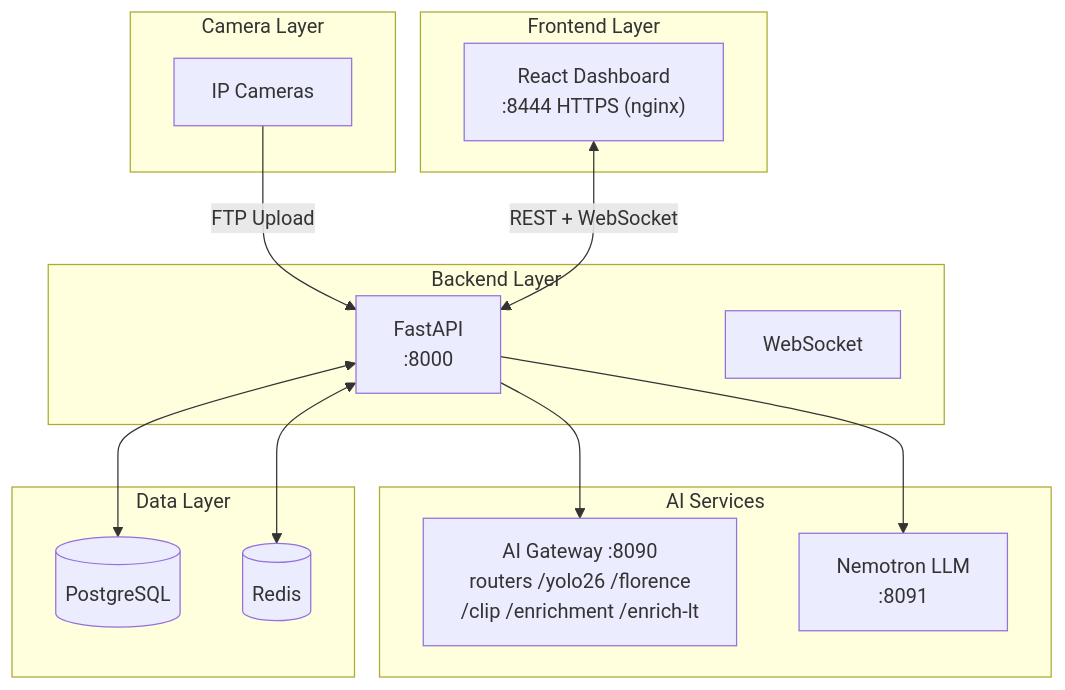
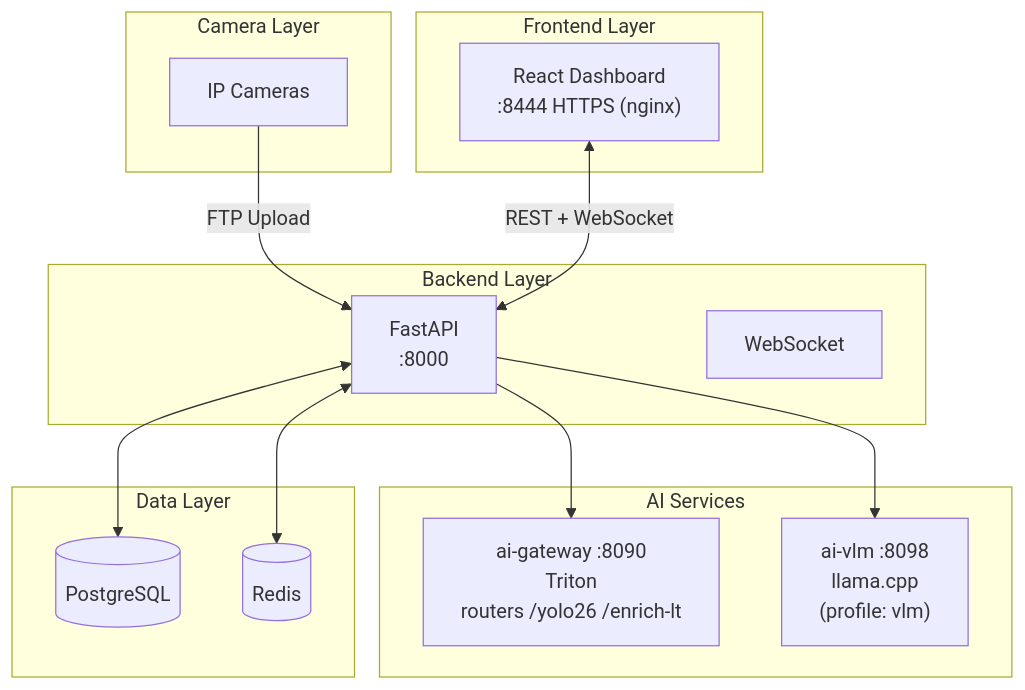
Before and after one commit to mikesvoboda/nemotron-v3-home-security-intelligence: the seventh of 7 diagrams in docs/index.md, drawn with Mermaid. The commit also changed other lines of this file and 231 other files, not shown here.

````diff
--- a/docs/index.md
+++ b/docs/index.md
@@ -163,26 +170,26 @@
 ```mermaid
 flowchart TB
     subgraph Cameras["Camera Layer"]
         CAM[IP Cameras]
     end
     subgraph Frontend["Frontend Layer"]
         UI["React Dashboard<br/>:8444 HTTPS (nginx)"]
     end
     subgraph Backend["Backend Layer"]
         API["FastAPI<br/>:8000"]
         WS["WebSocket"]
     end
     subgraph AI["AI Services"]
-        GW["AI Gateway :8090<br/>routers /yolo26 /florence<br/>/clip /enrichment /enrich-lt"]
-        NEM["Nemotron LLM<br/>:8091"]
+        GW["ai-gateway :8090<br/>Triton<br/>routers /yolo26 /enrich-lt"]
+        VLM["ai-vlm :8098<br/>llama.cpp<br/>(profile: vlm)"]
     end
     subgraph Data["Data Layer"]
         DB[(PostgreSQL)]
         REDIS[(Redis)]
     end
     CAM -->|FTP Upload| API
     UI <-->|REST + WebSocket| API
     API --> GW
-    API --> NEM
+    API --> VLM
     API <--> DB & REDIS
 ```
````
